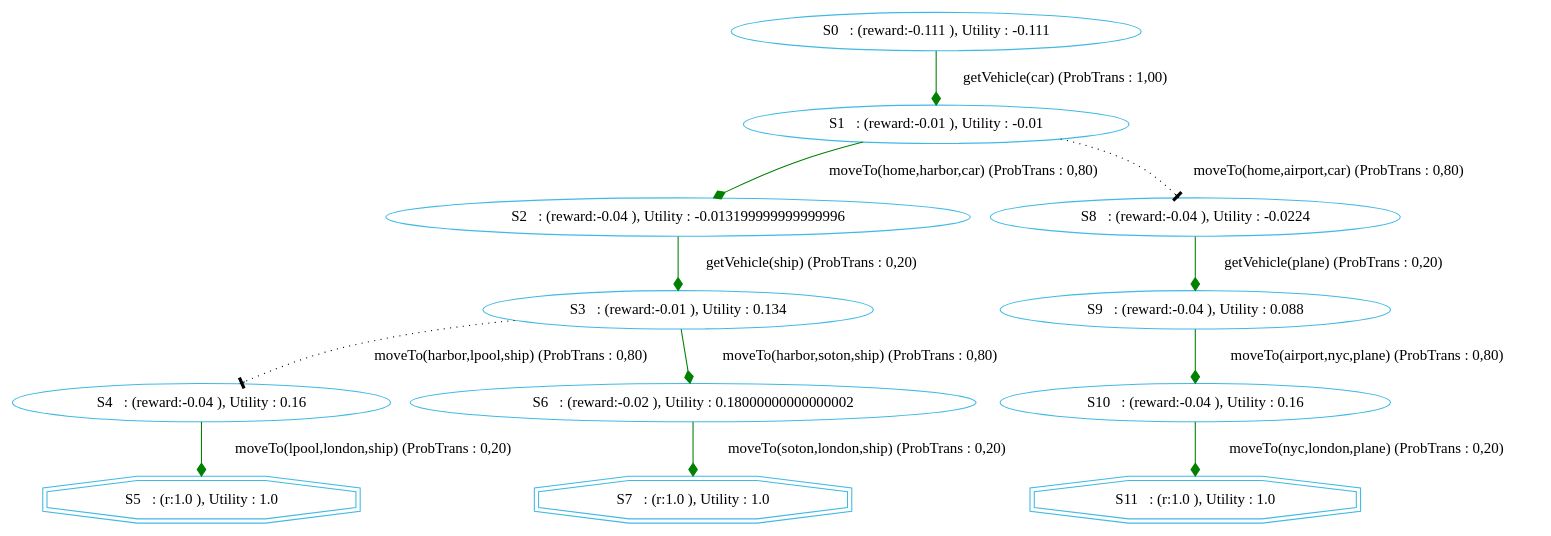
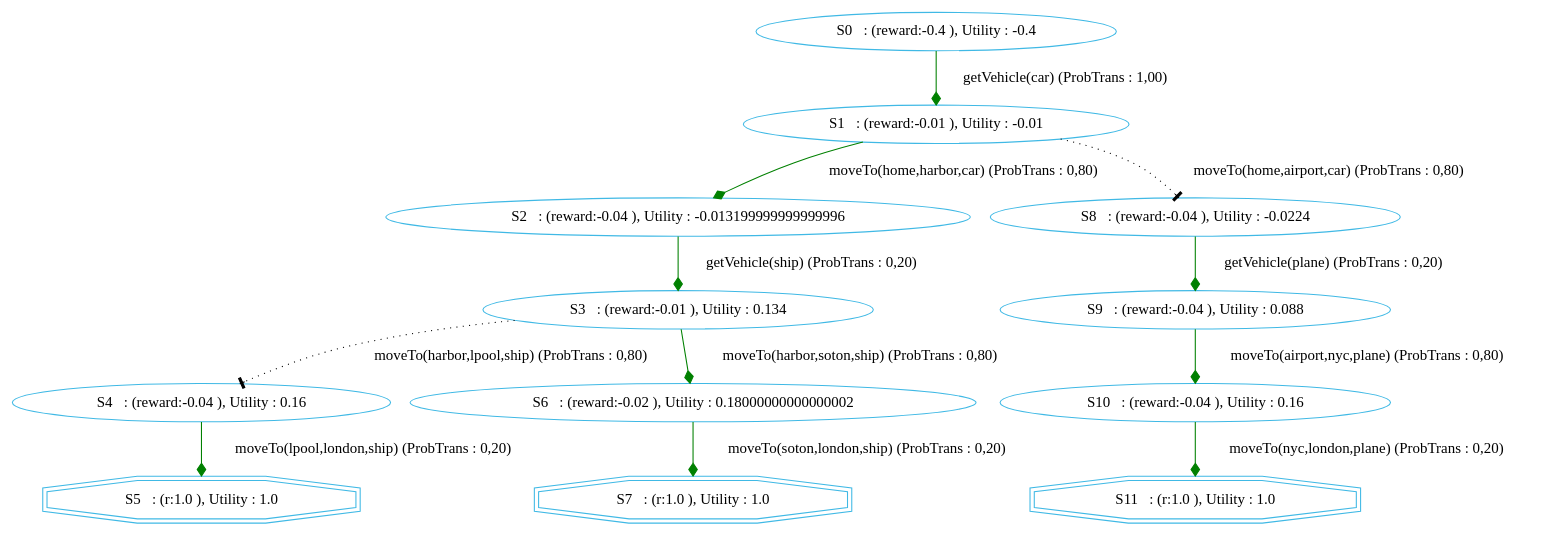
One commit to htiraHatem/CHIMP_MDP changed the diagram in chimp/src/main/java/examples/MDP/gotolondon/gotolondonGraphVICHIMP.dot. Above: the diagram before and after it, drawn with Graphviz. The commit also changed 2 other files, not shown here.

Commit message:
assigned reward to S0

```diff
--- a/chimp/src/main/java/examples/MDP/gotolondon/gotolondonGraphVICHIMP.dot
+++ b/chimp/src/main/java/examples/MDP/gotolondon/gotolondonGraphVICHIMP.dot
@@ -1,27 +1,27 @@
 digraph {
   node [color="#40b9e5" ]
  size="60,17";
 "5" [label=" S5   : (r:1.0 ), Utility : 1.0 " shape=doubleoctagon];
 "7" [label=" S7   : (r:1.0 ), Utility : 1.0 " shape=doubleoctagon];
 "11" [label=" S11   : (r:1.0 ), Utility : 1.0 " shape=doubleoctagon];
-"0" [label=" S0   : (reward:-0.111 ), Utility : -0.111 "];
+"0" [label=" S0   : (reward:-0.4 ), Utility : -0.4 "];
 "1" [label=" S1   : (reward:-0.01 ), Utility : -0.01 "];
 "2" [label=" S2   : (reward:-0.04 ), Utility : -0.013199999999999996 "];
 "3" [label=" S3   : (reward:-0.01 ), Utility : 0.134 "];
 "4" [label=" S4   : (reward:-0.04 ), Utility : 0.16 "];
 "6" [label=" S6   : (reward:-0.02 ), Utility : 0.18000000000000002 "];
 "8" [label=" S8   : (reward:-0.04 ), Utility : -0.0224 "];
 "9" [label=" S9   : (reward:-0.04 ), Utility : 0.088 "];
 "10" [label=" S10   : (reward:-0.04 ), Utility : 0.16 "];
 "0" -> "1" [ label="getVehicle(car) (ProbTrans : 1,00)"
 , arrowhead = diamond , color=green];"1" -> "2" [ label="moveTo(home,harbor,car) (ProbTrans : 0,80)"
 , arrowhead = diamond , color=green];"1" -> "8" [ label="moveTo(home,airport,car) (ProbTrans : 0,80)"
 ,style=dotted, arrowhead=tee];"2" -> "3" [ label="getVehicle(ship) (ProbTrans : 0,20)"
 , arrowhead = diamond , color=green];"3" -> "4" [ label="moveTo(harbor,lpool,ship) (ProbTrans : 0,80)"
 ,style=dotted, arrowhead=tee];"3" -> "6" [ label="moveTo(harbor,soton,ship) (ProbTrans : 0,80)"
 , arrowhead = diamond , color=green];"4" -> "5" [ label="moveTo(lpool,london,ship) (ProbTrans : 0,20)"
 , arrowhead = diamond , color=green];"6" -> "7" [ label="moveTo(soton,london,ship) (ProbTrans : 0,20)"
 , arrowhead = diamond , color=green];"8" -> "9" [ label="getVehicle(plane) (ProbTrans : 0,20)"
 , arrowhead = diamond , color=green];"9" -> "10" [ label="moveTo(airport,nyc,plane) (ProbTrans : 0,80)"
 , arrowhead = diamond , color=green];"10" -> "11" [ label="moveTo(nyc,london,plane) (ProbTrans : 0,20)"
 , arrowhead = diamond , color=green];}
```
